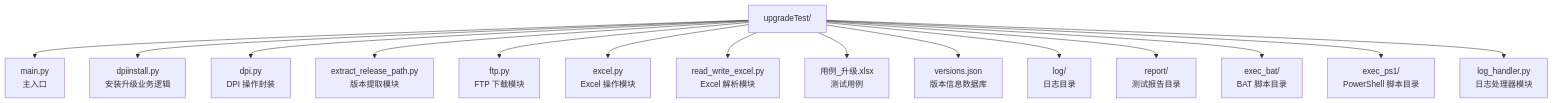
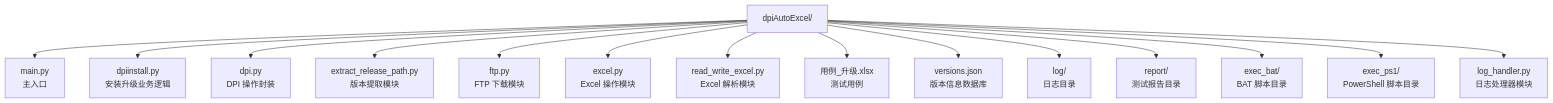
One commit to weihang1258/dpiAutoExcel changed diagram 11 of 22 in 系统架构文档.md. Above: the diagram before and after it, drawn with Mermaid. The commit also changed 1 other file, not shown here.

Commit message:
chore: 同步项目名称从 upgradeTest 到 dpiAutoExcel

````diff
--- a/系统架构文档.md
+++ b/系统架构文档.md
@@ -362,17 +362,17 @@
 ```mermaid
 graph TD
-    A[upgradeTest/] --> B[main.py<br/>主入口]
+    A[dpiAutoExcel/] --> B[main.py<br/>主入口]
     A --> C[dpiinstall.py<br/>安装升级业务逻辑]
     A --> D[dpi.py<br/>DPI 操作封装]
     A --> E[extract_release_path.py<br/>版本提取模块]
     A --> F[ftp.py<br/>FTP 下载模块]
     A --> G[excel.py<br/>Excel 操作模块]
     A --> H[read_write_excel.py<br/>Excel 解析模块]
     A --> I[用例_升级.xlsx<br/>测试用例]
     A --> J[versions.json<br/>版本信息数据库]
     A --> K[log/<br/>日志目录]
     A --> L[report/<br/>测试报告目录]
     A --> M[exec_bat/<br/>BAT 脚本目录]
     A --> N[exec_ps1/<br/>PowerShell 脚本目录]
     A --> O[log_handler.py<br/>日志处理器模块]
 ```
````
